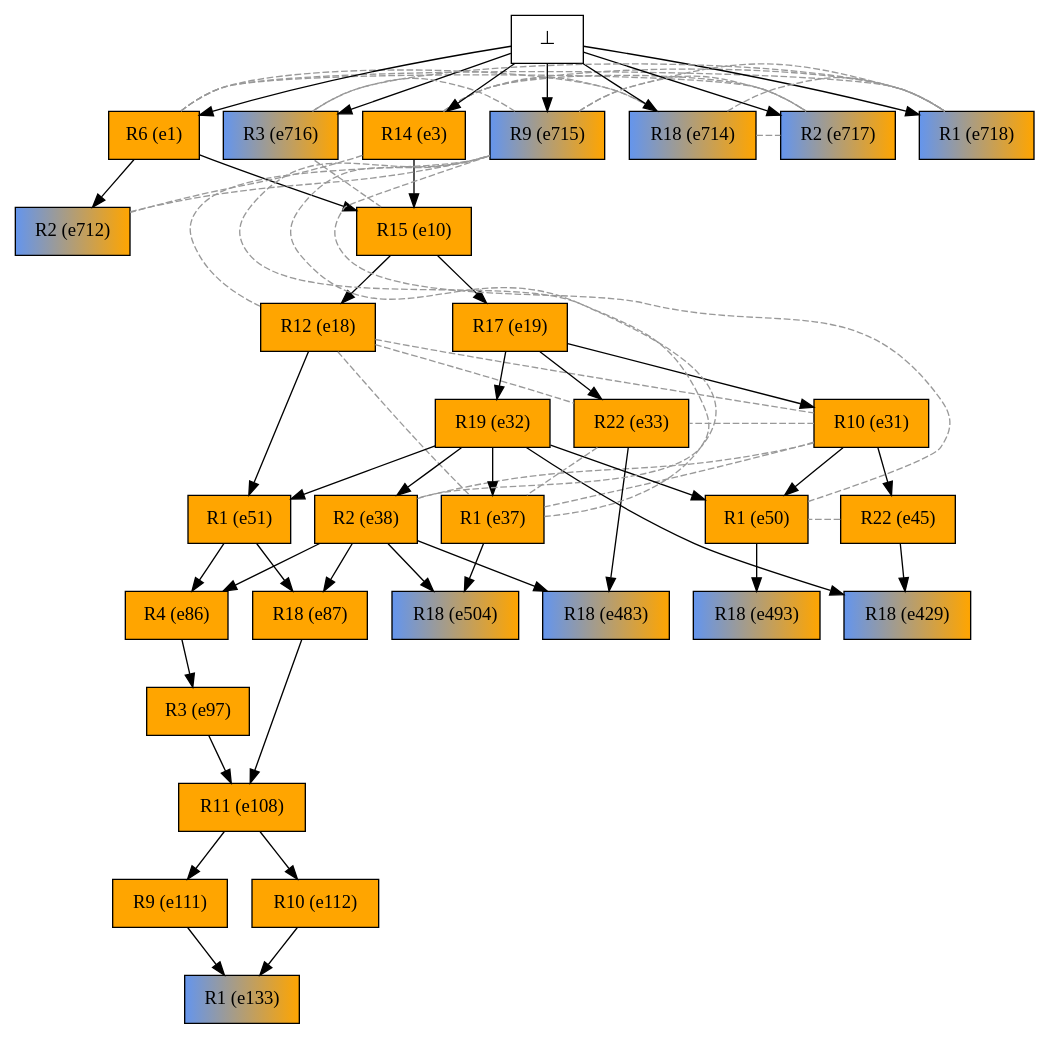
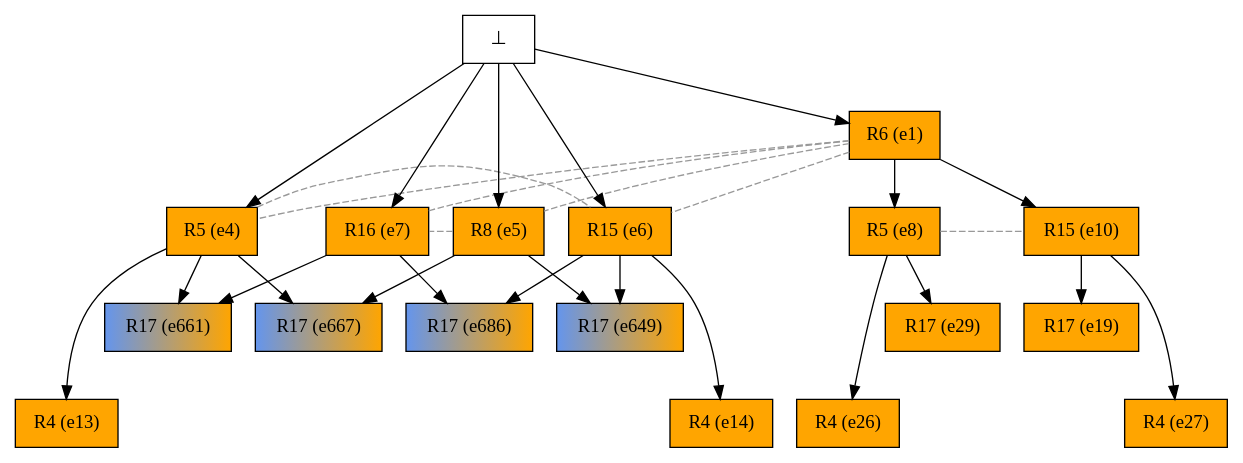
The diagram in examples/oursin_tasmanie/tasmanian_perturb_final_pr_unf.dot (giannkas/ecofolder), drawn with Graphviz before and after one commit. The commit also changed 43 other files, not shown here.

Commit message:
prompts_labels_colored_firing_sequence file added and documenting code

```diff
--- a/examples/oursin_tasmanie/tasmanian_perturb_final_pr_unf.dot
+++ b/examples/oursin_tasmanie/tasmanian_perturb_final_pr_unf.dot
@@ -1,103 +1,52 @@
 digraph test {
-  e1 -> e10;
-  e3 -> e10;
-  e10 -> e18;
-  e10 -> e19;
-  e19 -> e31;
-  e19 -> e32;
-  e19 -> e33;
-  e32 -> e37;
-  e32 -> e38;
-  e31 -> e45;
-  e31 -> e50;
-  e32 -> e50;
-  e18 -> e51;
-  e32 -> e51;
-  e38 -> e86;
-  e51 -> e86;
-  e38 -> e87;
-  e51 -> e87;
-  e86 -> e97;
-  e87 -> e108;
-  e97 -> e108;
-  e108 -> e111;
-  e108 -> e112;
-  e111 -> e133;
-  e112 -> e133;
-  e32 -> e429;
-  e45 -> e429;
-  e33 -> e483;
-  e38 -> e483;
-  e50 -> e493;
-  e37 -> e504;
-  e38 -> e504;
-  e1 -> e712;
-  e0 -> e1;
-  e0 -> e3;
-  e0 -> e714;
-  e0 -> e715;
-  e0 -> e716;
-  e0 -> e717;
-  e0 -> e718;
 
 //conflicts
-  e1 -> e714 [arrowhead=none color=gray60 style=dashed constraint=false];
-  e1 -> e717 [arrowhead=none color=gray60 style=dashed constraint=false];
-  e1 -> e718 [arrowhead=none color=gray60 style=dashed constraint=false];
-  e3 -> e712 [arrowhead=none color=gray60 style=dashed constraint=false];
-  e3 -> e714 [arrowhead=none color=gray60 style=dashed constraint=false];
-  e3 -> e717 [arrowhead=none color=gray60 style=dashed constraint=false];
-  e3 -> e718 [arrowhead=none color=gray60 style=dashed constraint=false];
-  e10 -> e716 [arrowhead=none color=gray60 style=dashed constraint=false];
-  e18 -> e31 [arrowhead=none color=gray60 style=dashed constraint=false];
-  e18 -> e33 [arrowhead=none color=gray60 style=dashed constraint=false];
-  e18 -> e37 [arrowhead=none color=gray60 style=dashed constraint=false];
-  e18 -> e715 [arrowhead=none color=gray60 style=dashed constraint=false];
-  e31 -> e33 [arrowhead=none color=gray60 style=dashed constraint=false];
-  e31 -> e37 [arrowhead=none color=gray60 style=dashed constraint=false];
-  e31 -> e38 [arrowhead=none color=gray60 style=dashed constraint=false];
-  e33 -> e37 [arrowhead=none color=gray60 style=dashed constraint=false];
-  e37 -> e715 [arrowhead=none color=gray60 style=dashed constraint=false];
-  e38 -> e715 [arrowhead=none color=gray60 style=dashed constraint=false];
-  e45 -> e50 [arrowhead=none color=gray60 style=dashed constraint=false];
-  e50 -> e715 [arrowhead=none color=gray60 style=dashed constraint=false];
-  e712 -> e715 [arrowhead=none color=gray60 style=dashed constraint=false];
-  e714 -> e717 [arrowhead=none color=gray60 style=dashed constraint=false];
-  e714 -> e718 [arrowhead=none color=gray60 style=dashed constraint=false];
-  e715 -> e716 [arrowhead=none color=gray60 style=dashed constraint=false];
-  e715 -> e717 [arrowhead=none color=gray60 style=dashed constraint=false];
-  e715 -> e718 [arrowhead=none color=gray60 style=dashed constraint=false];
-  e716 -> e718 [arrowhead=none color=gray60 style=dashed constraint=false];
+  e1 -> e4 [arrowhead=none color=gray60 style=dashed constraint=false];
+  e1 -> e5 [arrowhead=none color=gray60 style=dashed constraint=false];
+  e1 -> e6 [arrowhead=none color=gray60 style=dashed constraint=false];
+  e1 -> e7 [arrowhead=none color=gray60 style=dashed constraint=false];
+  e4 -> e6 [arrowhead=none color=gray60 style=dashed constraint=false];
+  e5 -> e7 [arrowhead=none color=gray60 style=dashed constraint=false];
+  e8 -> e10 [arrowhead=none color=gray60 style=dashed constraint=false];
+
+  e4 -> e13 [minlen=2];
+  e6 -> e14 [minlen=2];
+  e10 -> e19 [minlen=1];
+  e1 -> e10 [minlen=1];
+  e8 -> e26 [minlen=2];
+  e1 -> e8 [minlen=1];
+  e10 -> e27 [minlen=2];
+  e8 -> e29 [minlen=1];
+  e5 -> e649 [minlen=1];
+  e6 -> e649 [minlen=1];
+  e4 -> e661 [minlen=1];
+  e7 -> e661 [minlen=1];
+  e4 -> e667 [minlen=1];
+  e5 -> e667 [minlen=1];
+  e6 -> e686 [minlen=1];
+  e7 -> e686 [minlen=1];
+  e0 -> e1 [minlen=1];
+  e0 -> e4 [minlen=2];
+  e0 -> e5 [minlen=2];
+  e0 -> e6 [minlen=2];
+  e0 -> e7 [minlen=2];
 
   e1 [color="black" fillcolor="orange:orange" label="R6 (e1)" shape=box style=filled];
-  e3 [color="black" fillcolor="orange:orange" label="R14 (e3)" shape=box style=filled];
+  e4 [color="black" fillcolor="orange:orange" label="R5 (e4)" shape=box style=filled];
+  e5 [color="black" fillcolor="orange:orange" label="R8 (e5)" shape=box style=filled];
+  e6 [color="black" fillcolor="orange:orange" label="R15 (e6)" shape=box style=filled];
+  e7 [color="black" fillcolor="orange:orange" label="R16 (e7)" shape=box style=filled];
+  e8 [color="black" fillcolor="orange:orange" label="R5 (e8)" shape=box style=filled];
   e10 [color="black" fillcolor="orange:orange" label="R15 (e10)" shape=box style=filled];
-  e18 [color="black" fillcolor="orange:orange" label="R12 (e18)" shape=box style=filled];
+  e13 [color="black" fillcolor="orange:orange" label="R4 (e13)" shape=box style=filled];
+  e14 [color="black" fillcolor="orange:orange" label="R4 (e14)" shape=box style=filled];
   e19 [color="black" fillcolor="orange:orange" label="R17 (e19)" shape=box style=filled];
-  e31 [color="black" fillcolor="orange:orange" label="R10 (e31)" shape=box style=filled];
-  e32 [color="black" fillcolor="orange:orange" label="R19 (e32)" shape=box style=filled];
-  e33 [color="black" fillcolor="orange:orange" label="R22 (e33)" shape=box style=filled];
-  e37 [color="black" fillcolor="orange:orange" label="R1 (e37)" shape=box style=filled];
-  e38 [color="black" fillcolor="orange:orange" label="R2 (e38)" shape=box style=filled];
-  e45 [color="black" fillcolor="orange:orange" label="R22 (e45)" shape=box style=filled];
-  e50 [color="black" fillcolor="orange:orange" label="R1 (e50)" shape=box style=filled];
-  e51 [color="black" fillcolor="orange:orange" label="R1 (e51)" shape=box style=filled];
-  e86 [color="black" fillcolor="orange:orange" label="R4 (e86)" shape=box style=filled];
-  e87 [color="black" fillcolor="orange:orange" label="R18 (e87)" shape=box style=filled];
-  e97 [color="black" fillcolor="orange:orange" label="R3 (e97)" shape=box style=filled];
-  e108 [color="black" fillcolor="orange:orange" label="R11 (e108)" shape=box style=filled];
-  e111 [color="black" fillcolor="orange:orange" label="R9 (e111)" shape=box style=filled];
-  e112 [color="black" fillcolor="orange:orange" label="R10 (e112)" shape=box style=filled];
-  e133 [color="black" fillcolor="cornflowerblue:orange" label="R1 (e133)" shape=box style=filled];
-  e429 [color="black" fillcolor="cornflowerblue:orange" label="R18 (e429)" shape=box style=filled];
-  e483 [color="black" fillcolor="cornflowerblue:orange" label="R18 (e483)" shape=box style=filled];
-  e493 [color="black" fillcolor="cornflowerblue:orange" label="R18 (e493)" shape=box style=filled];
-  e504 [color="black" fillcolor="cornflowerblue:orange" label="R18 (e504)" shape=box style=filled];
-  e712 [color="black" fillcolor="cornflowerblue:orange" label="R2 (e712)" shape=box style=filled];
-  e714 [color="black" fillcolor="cornflowerblue:orange" label="R18 (e714)" shape=box style=filled];
-  e715 [color="black" fillcolor="cornflowerblue:orange" label="R9 (e715)" shape=box style=filled];
-  e716 [color="black" fillcolor="cornflowerblue:orange" label="R3 (e716)" shape=box style=filled];
-  e717 [color="black" fillcolor="cornflowerblue:orange" label="R2 (e717)" shape=box style=filled];
-  e718 [color="black" fillcolor="cornflowerblue:orange" label="R1 (e718)" shape=box style=filled];
+  e26 [color="black" fillcolor="orange:orange" label="R4 (e26)" shape=box style=filled];
+  e27 [color="black" fillcolor="orange:orange" label="R4 (e27)" shape=box style=filled];
+  e29 [color="black" fillcolor="orange:orange" label="R17 (e29)" shape=box style=filled];
+  e649 [color="black" fillcolor="cornflowerblue:orange" label="R17 (e649)" shape=box style=filled];
+  e661 [color="black" fillcolor="cornflowerblue:orange" label="R17 (e661)" shape=box style=filled];
+  e667 [color="black" fillcolor="cornflowerblue:orange" label="R17 (e667)" shape=box style=filled];
+  e686 [color="black" fillcolor="cornflowerblue:orange" label="R17 (e686)" shape=box style=filled];
   e0 [fillcolor="white" label="⊥" shape=box style=filled];
 }
```
